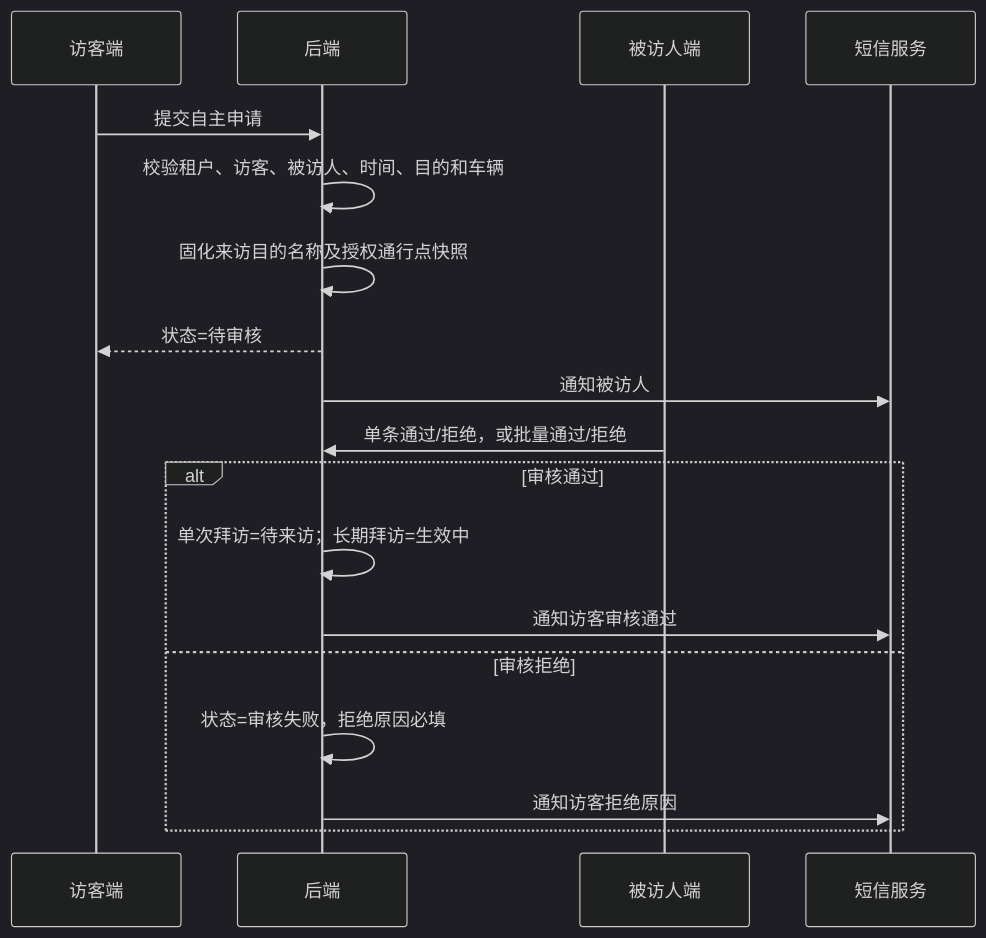
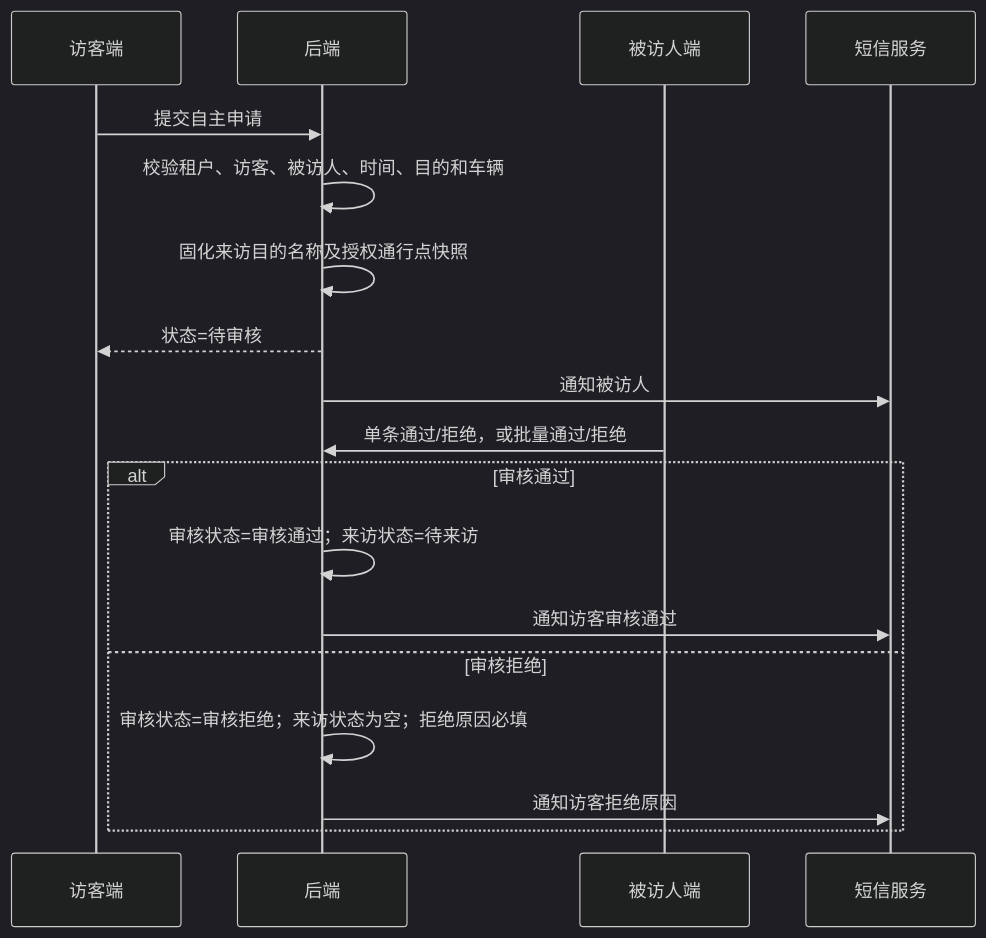
The second of 5 diagrams in docs/研发交付简版.md (tangxiaochen755-droid/visitor-phase1-visual-blue), drawn with Mermaid (dark theme) before and after one commit. The commit also changed other lines of this file and 11 other files, not shown here.

````diff
--- a/docs/研发交付简版.md
+++ b/docs/研发交付简版.md
@@ -51,20 +59,20 @@
 ```mermaid
 sequenceDiagram
   participant V as 访客端
   participant API as 后端
   participant H as 被访人端
   participant SMS as 短信服务
   V->>API: 提交自主申请
   API->>API: 校验租户、访客、被访人、时间、目的和车辆
   API->>API: 固化来访目的名称及授权通行点快照
   API-->>V: 状态=待审核
   API->>SMS: 通知被访人
   H->>API: 单条通过/拒绝，或批量通过/拒绝
   alt 审核通过
-    API->>API: 单次拜访=待来访；长期拜访=生效中
+    API->>API: 审核状态=审核通过；来访状态=待来访
     API->>SMS: 通知访客审核通过
   else 审核拒绝
-    API->>API: 状态=审核失败，拒绝原因必填
+    API->>API: 审核状态=审核拒绝；来访状态为空；拒绝原因必填
     API->>SMS: 通知访客拒绝原因
   end
 ```
````
